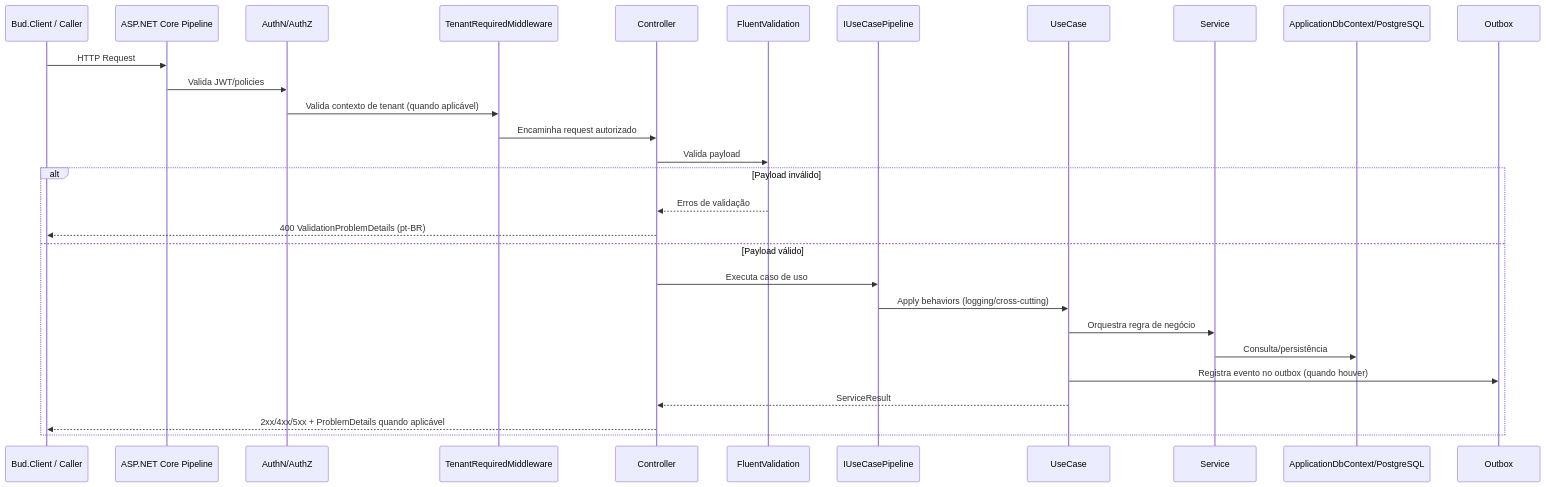
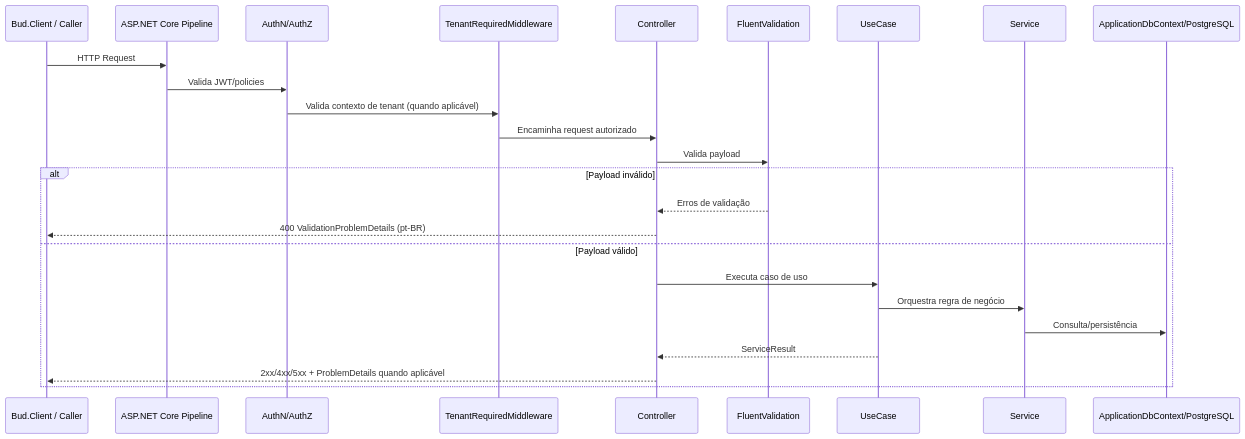
One commit to dsbraz/bud changed the fifth of 10 diagrams in README.md. Above: the diagram before and after it, drawn with Mermaid. The commit also changed other lines of this file and 364 other files, not shown here.

````diff
--- a/README.md
+++ b/README.md
@@ -240,33 +201,29 @@
 ```mermaid
 sequenceDiagram
     participant UI as Bud.Client / Caller
     participant API as ASP.NET Core Pipeline
     participant AUTH as AuthN/AuthZ
     participant TENANT as TenantRequiredMiddleware
     participant CTRL as Controller
     participant VAL as FluentValidation
-    participant PIPE as IUseCasePipeline
     participant UC as UseCase
     participant SVC as Service
     participant DB as ApplicationDbContext/PostgreSQL
-    participant OUT as Outbox
 
     UI->>API: HTTP Request
     API->>AUTH: Valida JWT/policies
     AUTH->>TENANT: Valida contexto de tenant (quando aplicável)
     TENANT->>CTRL: Encaminha request autorizado
     CTRL->>VAL: Valida payload
 
     alt Payload inválido
         VAL-->>CTRL: Erros de validação
         CTRL-->>UI: 400 ValidationProblemDetails (pt-BR)
     else Payload válido
-        CTRL->>PIPE: Executa caso de uso
-        PIPE->>UC: Apply behaviors (logging/cross-cutting)
+        CTRL->>UC: Executa caso de uso
         UC->>SVC: Orquestra regra de negócio
         SVC->>DB: Consulta/persistência
-        UC->>OUT: Registra evento no outbox (quando houver)
         UC-->>CTRL: ServiceResult
         CTRL-->>UI: 2xx/4xx/5xx + ProblemDetails quando aplicável
     end
 ```
````
